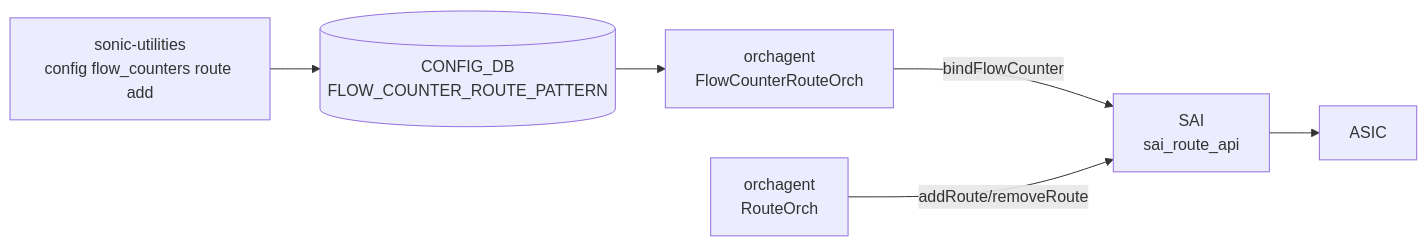
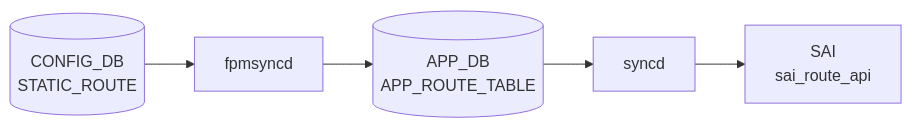
One commit to aoki-taquan/sonic-unofficial-docs changed the diagram in docs/reference/config-db/route-orch.md. Above: the diagram before and after it, drawn with Mermaid. The commit also changed other lines of this file and 359 other files, not shown here.

````diff
--- a/docs/reference/config-db/route-orch.md
+++ b/docs/reference/config-db/route-orch.md
@@ -52,14 +52,12 @@
 ```mermaid
 flowchart LR
-  CLI["sonic-utilities<br/>config flow_counters route add"]
-  CFGDB[("CONFIG_DB<br/>FLOW_COUNTER_ROUTE_PATTERN")]
-  FC["orchagent<br/>FlowCounterRouteOrch"]
-  RO["orchagent<br/>RouteOrch"]
+  CDB[("CONFIG_DB<br/>STATIC_ROUTE")]
+  DM["fpmsyncd"]
+  CDB --> DM
+  APPDB[("APP_DB<br/>APP_ROUTE_TABLE")]
+  DM --> APPDB
+  SYNCD["syncd"]
+  APPDB --> SYNCD
   SAI["SAI<br/>sai_route_api"]
-  ASIC["ASIC"]
-  CLI --> CFGDB
-  CFGDB --> FC
-  FC -->|bindFlowCounter| SAI
-  RO -->|addRoute/removeRoute| SAI
-  SAI --> ASIC
+  SYNCD --> SAI
 ```
````
